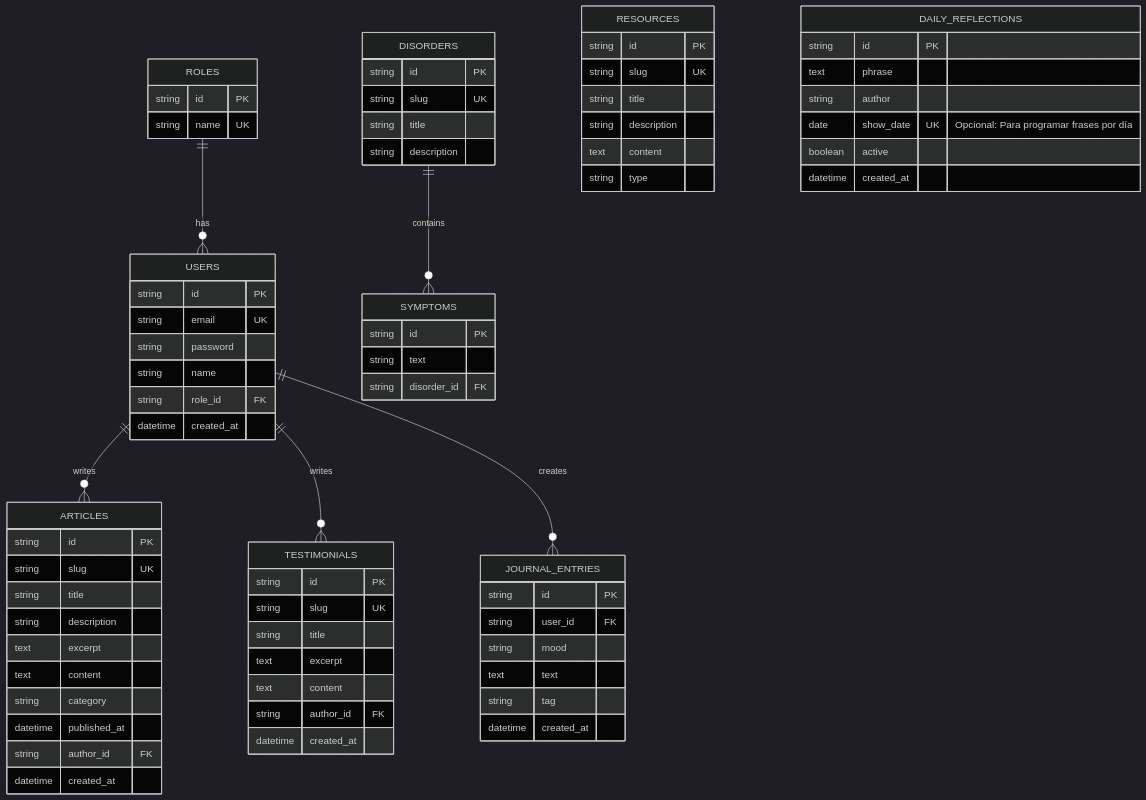
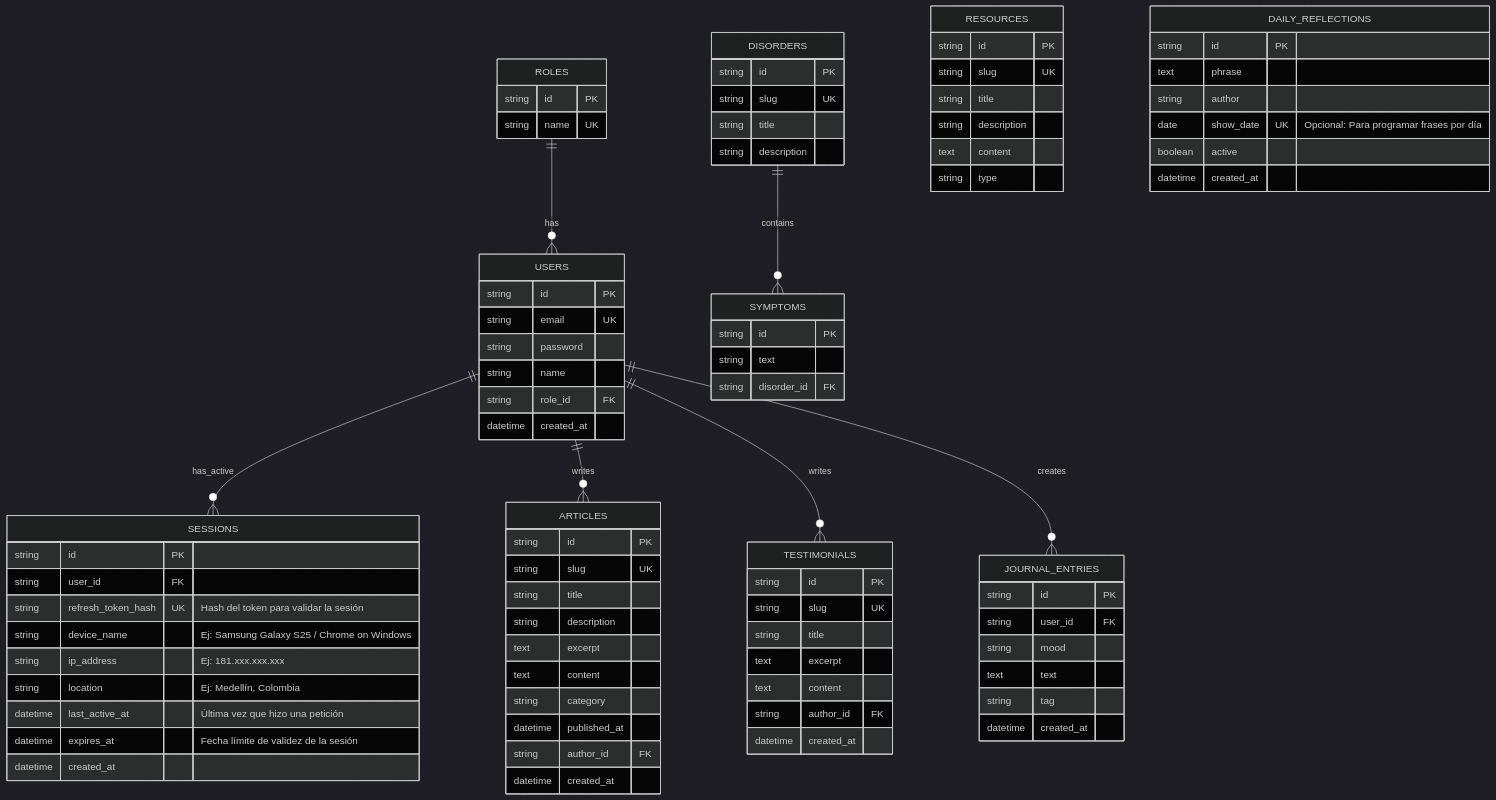
The diagram in modelo.mmd (andrey-burga/mental-health-api), drawn with Mermaid (dark theme) before and after one commit. The commit also changed 7 other files, not shown here.

```diff
--- a/modelo.mmd
+++ b/modelo.mmd
@@ -1,88 +1,99 @@
 erDiagram
 
     ROLES {
         string id PK
         string name UK
     }
 
     USERS {
         string id PK
         string email UK
         string password
         string name
         string role_id FK
+        datetime created_at
+    }
+
+    SESSIONS {
+        string id PK
+        string user_id FK
+        string refresh_token_hash UK "Hash del token para validar la sesión"
+        string device_name "Ej: Samsung Galaxy S25 / Chrome on Windows"
+        string ip_address "Ej: 181.xxx.xxx.xxx"
+        string location "Ej: Medellín, Colombia"
+        datetime last_active_at "Última vez que hizo una petición"
+        datetime expires_at "Fecha límite de validez de la sesión"
         datetime created_at
     }
 
     ARTICLES {
         string id PK
         string slug UK
         string title
         string description
         text excerpt
         text content
         string category
         datetime published_at
         string author_id FK
         datetime created_at
     }
 
     TESTIMONIALS {
         string id PK
         string slug UK
         string title
         text excerpt
         text content
         string author_id FK
         datetime created_at
     }
 
     DISORDERS {
         string id PK
         string slug UK
         string title
         string description
     }
 
     SYMPTOMS {
         string id PK
         string text
         string disorder_id FK
     }
 
     RESOURCES {
         string id PK
         string slug UK
         string title
         string description
         text content
         string type
     }
 
     JOURNAL_ENTRIES {
         string id PK
         string user_id FK
         string mood
         text text
         string tag
         datetime created_at
     }
 
     DAILY_REFLECTIONS {
         string id PK
         text phrase
         string author
         date show_date UK "Opcional: Para programar frases por día"
         boolean active
         datetime created_at
     }
 
     %% Relaciones
 
     ROLES ||--o{ USERS : has
-
+    USERS ||--o{ SESSIONS : has_active
     USERS ||--o{ ARTICLES : writes
     USERS ||--o{ TESTIMONIALS : writes
     USERS ||--o{ JOURNAL_ENTRIES : creates
-
     DISORDERS ||--o{ SYMPTOMS : contains
```
